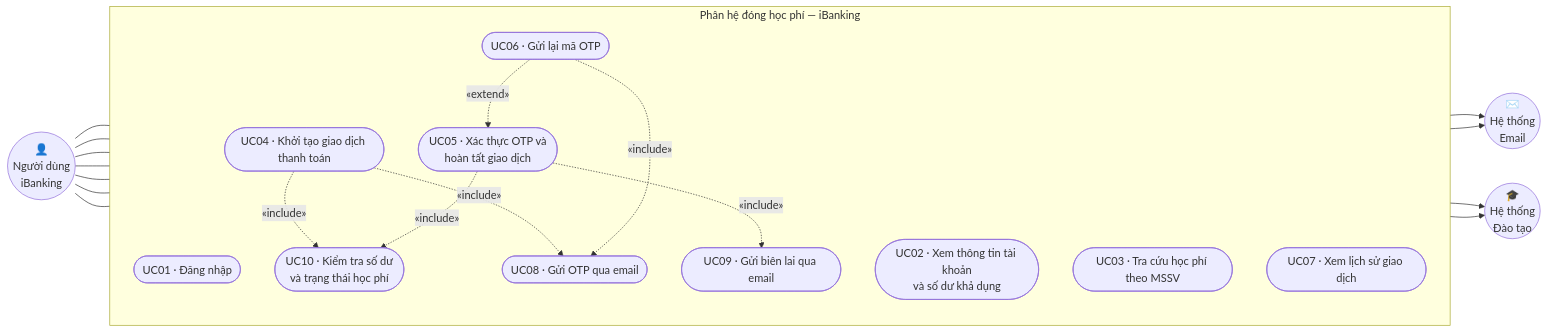
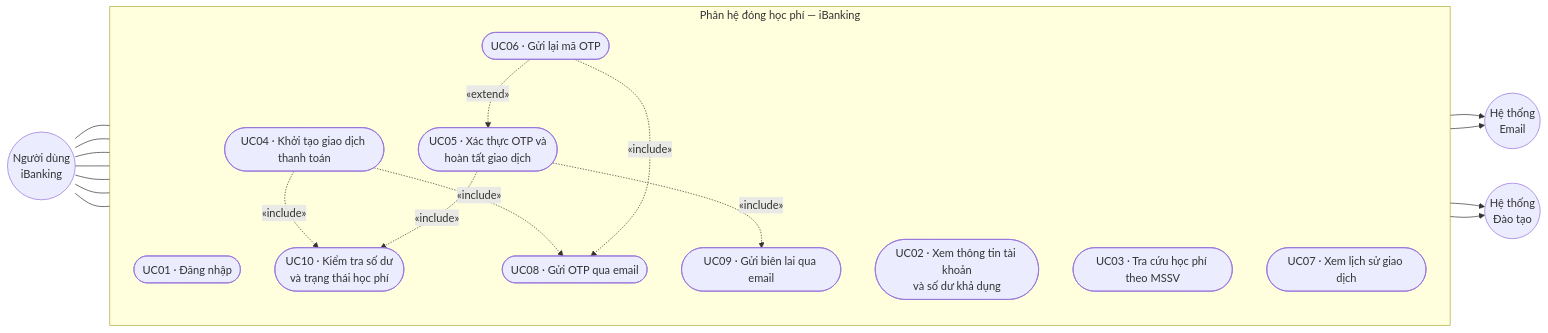
One commit to vincentminhkarma/soa-ibanking-hoc-phi changed the first of 3 diagrams in docs/01-phan-tich-nghiep-vu.md. Above: the diagram before and after it, drawn with Mermaid. The commit also changed 9 other files, not shown here.

````diff
--- a/docs/01-phan-tich-nghiep-vu.md
+++ b/docs/01-phan-tich-nghiep-vu.md
@@ -22,40 +22,40 @@
 ```mermaid
 flowchart LR
-    user(("👤<br/>Người dùng<br/>iBanking"))
-    mail(("✉️<br/>Hệ thống<br/>Email"))
-    edu(("🎓<br/>Hệ thống<br/>Đào tạo"))
+    user(("Người dùng<br/>iBanking"))
+    mail(("Hệ thống<br/>Email"))
+    edu(("Hệ thống<br/>Đào tạo"))
 
     subgraph SYS["Phân hệ đóng học phí — iBanking"]
         direction TB
         UC01(["UC01 · Đăng nhập"])
         UC02(["UC02 · Xem thông tin tài khoản<br/>và số dư khả dụng"])
         UC03(["UC03 · Tra cứu học phí theo MSSV"])
         UC04(["UC04 · Khởi tạo giao dịch thanh toán"])
         UC05(["UC05 · Xác thực OTP và<br/>hoàn tất giao dịch"])
         UC06(["UC06 · Gửi lại mã OTP"])
         UC07(["UC07 · Xem lịch sử giao dịch"])
         UC08(["UC08 · Gửi OTP qua email"])
         UC09(["UC09 · Gửi biên lai qua email"])
         UC10(["UC10 · Kiểm tra số dư<br/>và trạng thái học phí"])
     end
 
     user --- UC01
     user --- UC02
     user --- UC03
     user --- UC04
     user --- UC05
     user --- UC06
     user --- UC07
 
     UC04 -. "«include»" .-> UC10
     UC04 -. "«include»" .-> UC08
     UC05 -. "«include»" .-> UC10
     UC05 -. "«include»" .-> UC09
     UC06 -. "«include»" .-> UC08
     UC06 -. "«extend»" .-> UC05
 
     UC08 --> mail
     UC09 --> mail
     UC03 --> edu
     UC10 --> edu
 ```
````
